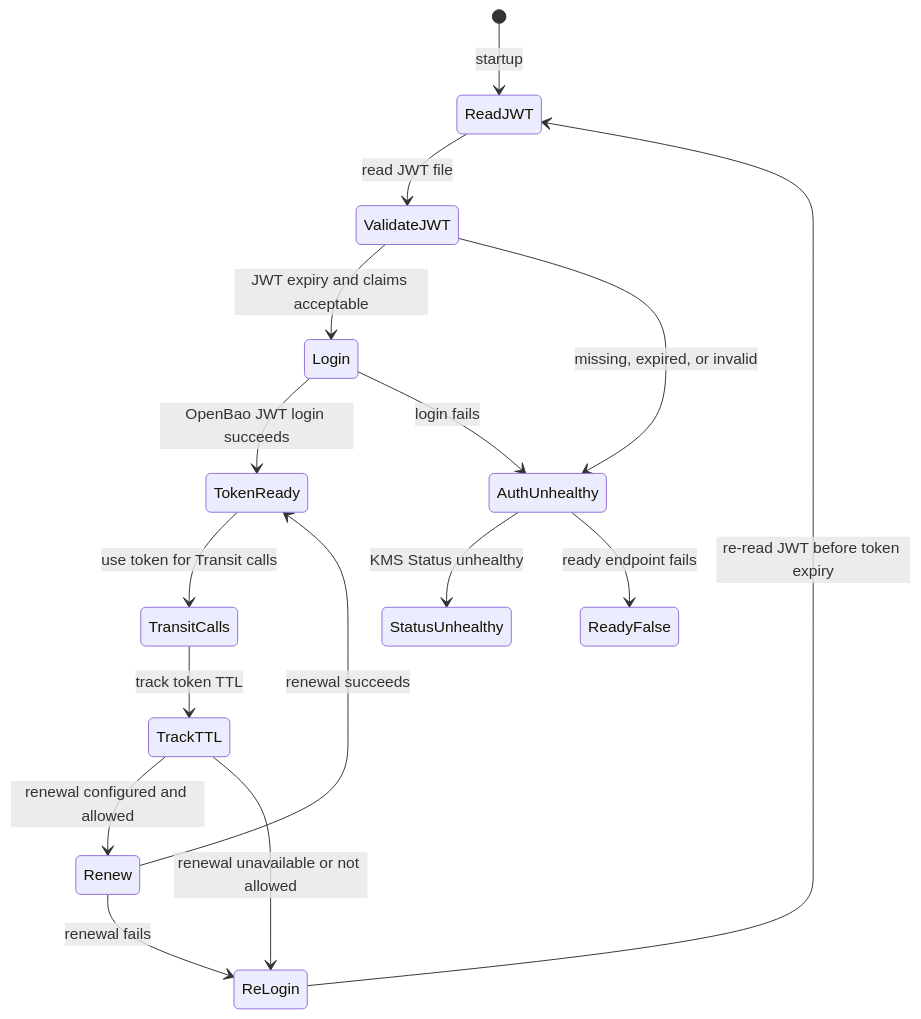
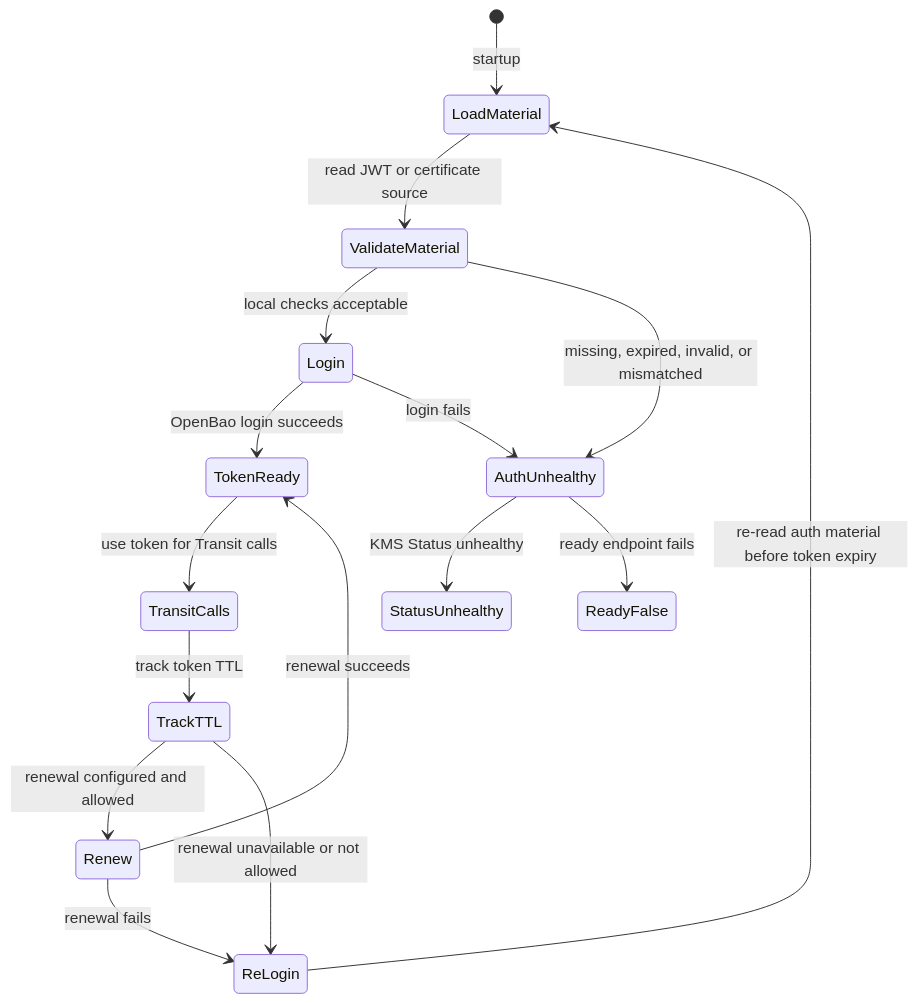
The diagram in docs/security/auth-model.md (dc-tec/openbao-kubernetes-kms), drawn with Mermaid before and after one commit. The commit also changed other lines of this file and 30 other files, not shown here.

Commit message:
docs(auth): document certificate auth configuration

````diff
--- a/docs/security/auth-model.md
+++ b/docs/security/auth-model.md
@@ -21,18 +25,18 @@
 ```mermaid
 stateDiagram-v2
-    [*] --> ReadJWT: startup
-    ReadJWT --> ValidateJWT: read JWT file
-    ValidateJWT --> Login: JWT expiry and claims acceptable
-    ValidateJWT --> AuthUnhealthy: missing, expired, or invalid
-    Login --> TokenReady: OpenBao JWT login succeeds
+    [*] --> LoadMaterial: startup
+    LoadMaterial --> ValidateMaterial: read JWT or certificate source
+    ValidateMaterial --> Login: local checks acceptable
+    ValidateMaterial --> AuthUnhealthy: missing, expired, invalid, or mismatched
+    Login --> TokenReady: OpenBao login succeeds
     Login --> AuthUnhealthy: login fails
     TokenReady --> TransitCalls: use token for Transit calls
     TransitCalls --> TrackTTL: track token TTL
     TrackTTL --> Renew: renewal configured and allowed
     TrackTTL --> ReLogin: renewal unavailable or not allowed
     Renew --> TokenReady: renewal succeeds
     Renew --> ReLogin: renewal fails
-    ReLogin --> ReadJWT: re-read JWT before token expiry
+    ReLogin --> LoadMaterial: re-read auth material before token expiry
     AuthUnhealthy --> StatusUnhealthy: KMS Status unhealthy
     AuthUnhealthy --> ReadyFalse: ready endpoint fails
 ```
````
